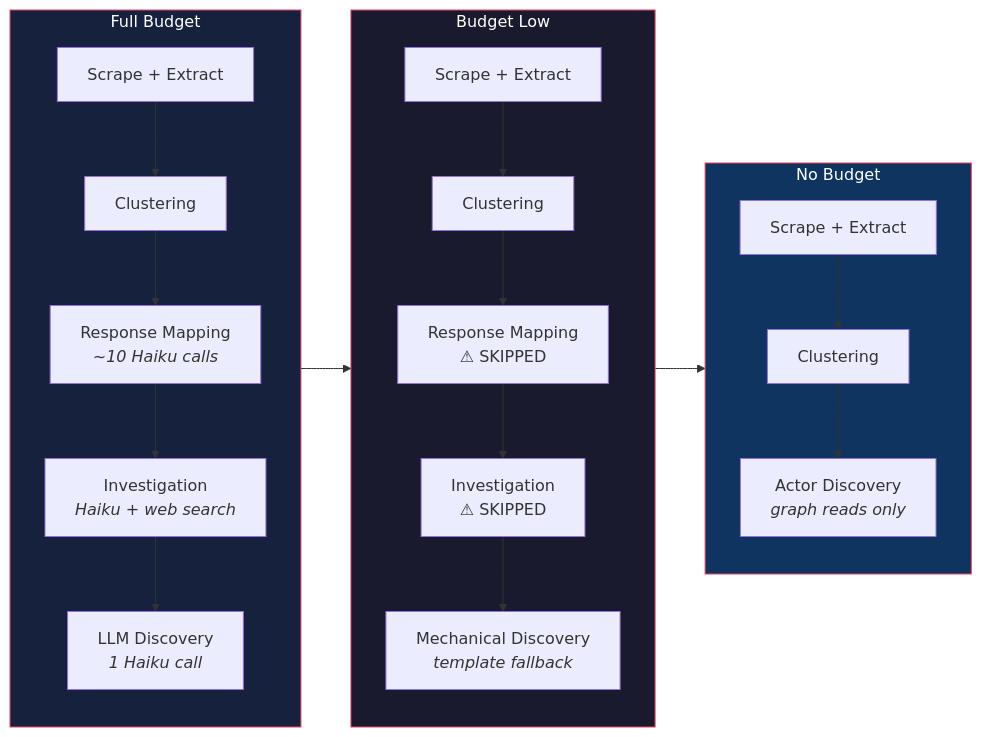
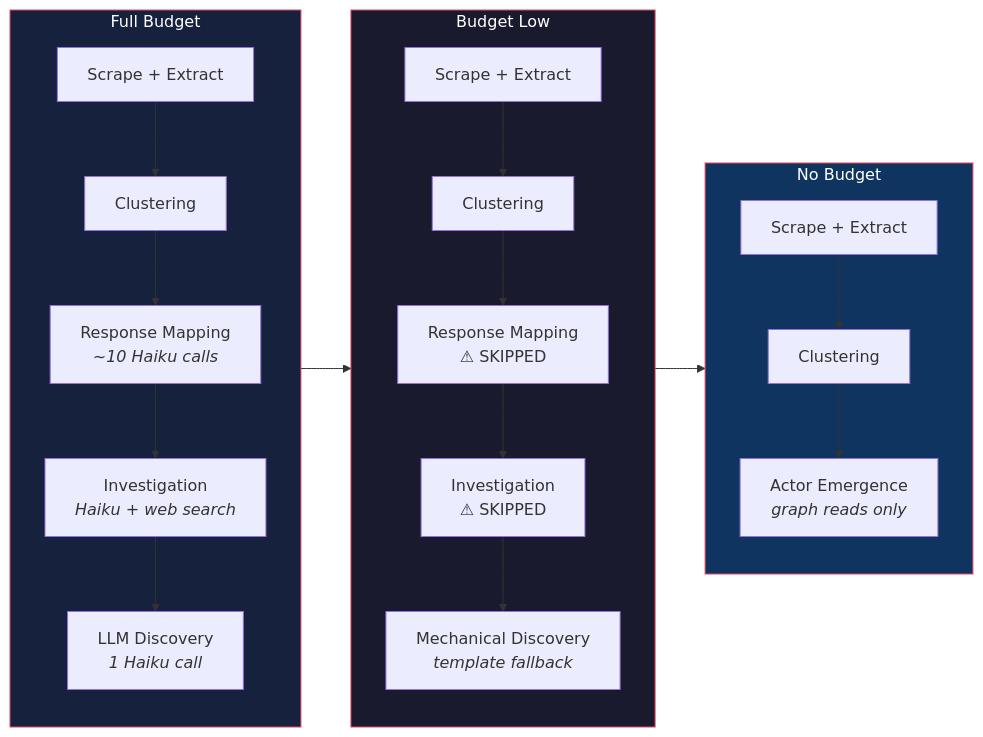
Before and after one commit to fourthplaces/rootsignal: the seventh of 13 diagrams in docs/architecture/feedback-loops.md, drawn with Mermaid. The commit also changed other lines of this file and 37 other files, not shown here.

````diff
--- a/docs/architecture/feedback-loops.md
+++ b/docs/architecture/feedback-loops.md
@@ -245,36 +245,36 @@
 ```mermaid
 flowchart LR
     subgraph Full ["Full Budget"]
         direction TB
         P1["Scrape + Extract"]
         P2["Clustering"]
         P3["Response Mapping<br/><i>~10 Haiku calls</i>"]
         P4["Investigation<br/><i>Haiku + web search</i>"]
         P5["LLM Discovery<br/><i>1 Haiku call</i>"]
         P1 --> P2 --> P3 --> P4 --> P5
     end
 
     subgraph Low ["Budget Low"]
         direction TB
         Q1["Scrape + Extract"]
         Q2["Clustering"]
         Q3["Response Mapping<br/>⚠ SKIPPED"]
         Q4["Investigation<br/>⚠ SKIPPED"]
         Q5["Mechanical Discovery<br/><i>template fallback</i>"]
         Q1 --> Q2 --> Q3 --> Q4 --> Q5
     end
 
     subgraph Zero ["No Budget"]
         direction TB
         R1["Scrape + Extract"]
         R2["Clustering"]
-        R3["Actor Discovery<br/><i>graph reads only</i>"]
+        R3["Actor Emergence<br/><i>graph reads only</i>"]
         R1 --> R2 --> R3
     end
 
     Full --> Low --> Zero
 
     style Full fill:#16213e,stroke:#e94560,color:#fff
     style Low fill:#1a1a2e,stroke:#e94560,color:#fff
     style Zero fill:#0f3460,stroke:#e94560,color:#fff
 ```
````
